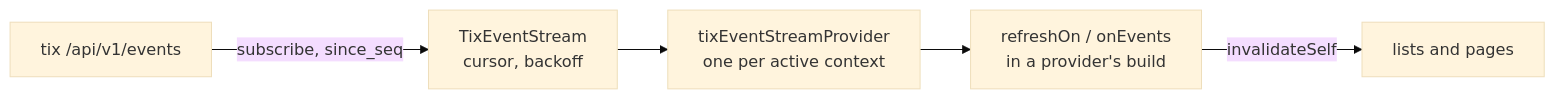
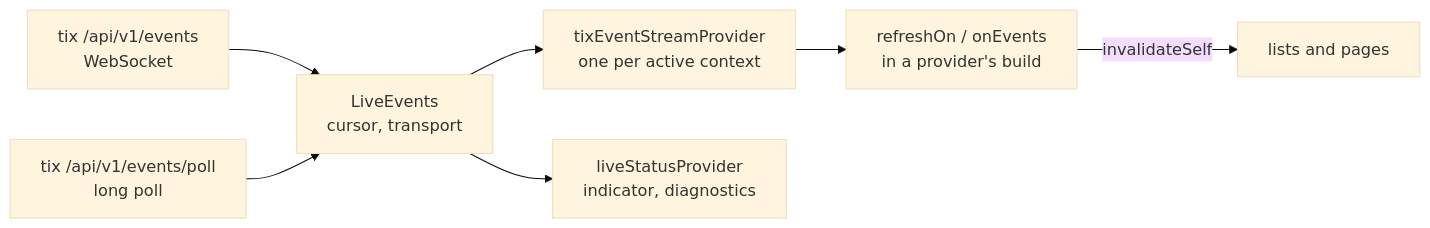
One commit to Heliopsy/tix-mobile changed the second of 3 diagrams in docs/architecture.md. Above: the diagram before and after it, drawn with Mermaid (base theme). The commit also changed other lines of this file and 23 other files, not shown here.

````diff
--- a/docs/architecture.md
+++ b/docs/architecture.md
@@ -97,7 +97,9 @@
 ```mermaid
 flowchart LR
-  WS["tix /api/v1/events"] -- "subscribe, since_seq" --> ES["TixEventStream<br/>cursor, backoff"]
-  ES --> P["tixEventStreamProvider<br/>one per active context"]
+  WS["tix /api/v1/events<br/>WebSocket"] --> LE["LiveEvents<br/>cursor, transport"]
+  HP["tix /api/v1/events/poll<br/>long poll"] --> LE
+  LE --> P["tixEventStreamProvider<br/>one per active context"]
   P --> R["refreshOn / onEvents<br/>in a provider's build"]
   R -- "invalidateSelf" --> L["lists and pages"]
+  LE --> S["liveStatusProvider<br/>indicator, diagnostics"]
 ```
````
